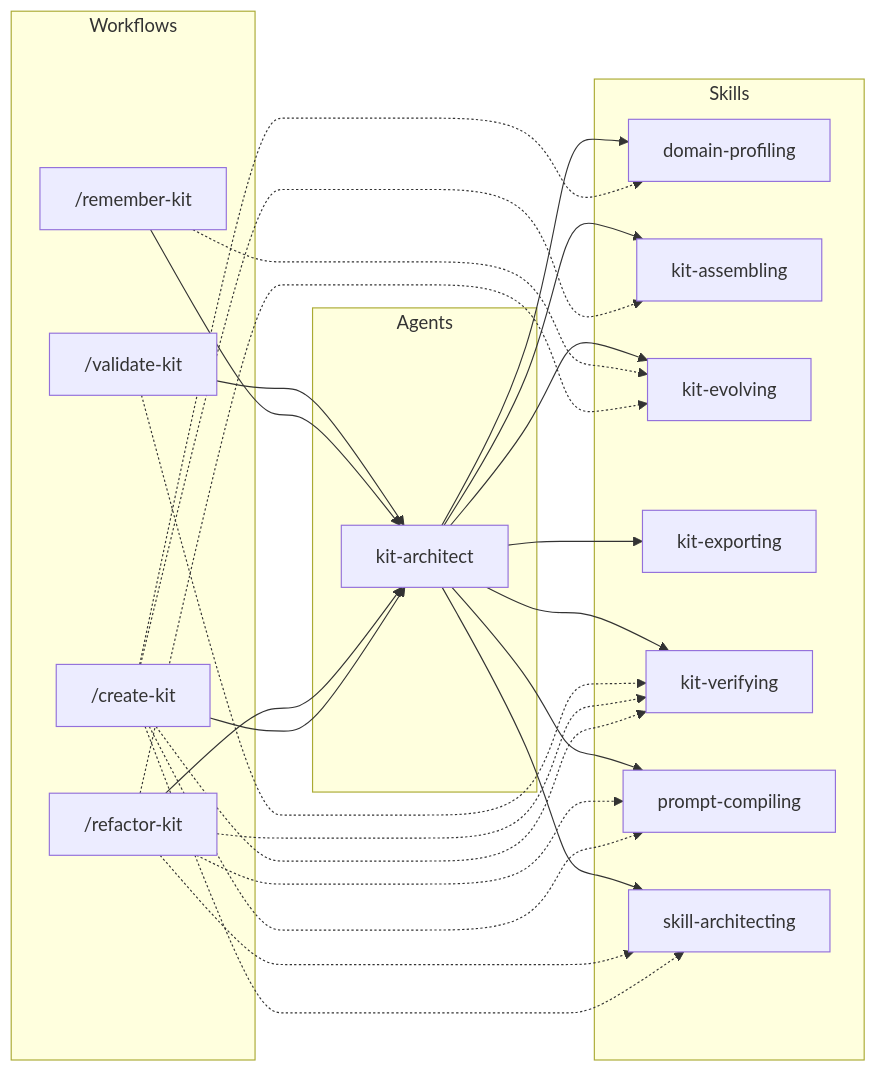
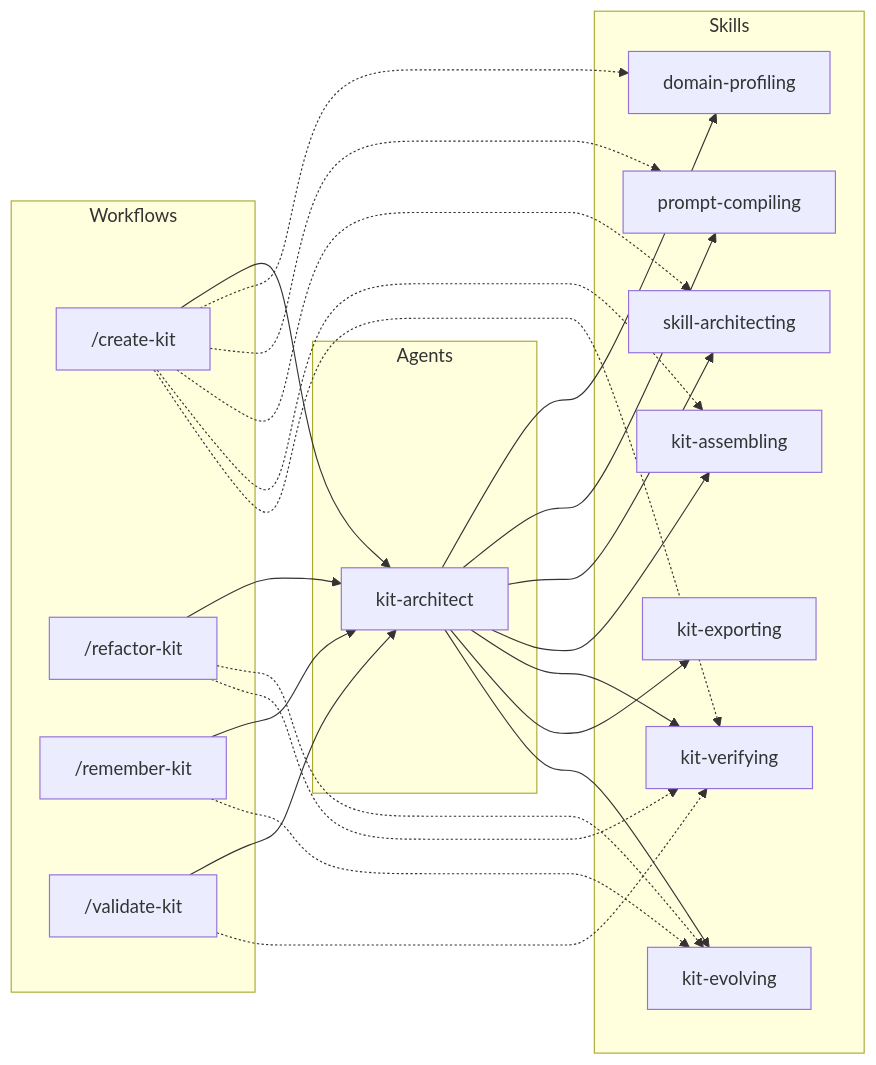
One commit to thelightinker/Agent-Kit-Builder changed the diagram in .agents/DEPENDENCY_GRAPH.md. Above: the diagram before and after it, drawn with Mermaid. The commit also changed 9 other files, not shown here.

````diff
--- a/.agents/DEPENDENCY_GRAPH.md
+++ b/.agents/DEPENDENCY_GRAPH.md
@@ -7,43 +7,41 @@
 ```mermaid
 flowchart LR
   subgraph Workflows
     W_create_kit["/create-kit"]
     W_refactor_kit["/refactor-kit"]
     W_remember_kit["/remember-kit"]
     W_validate_kit["/validate-kit"]
   end
   subgraph Agents
     A_kit_architect["kit-architect"]
   end
   subgraph Skills
     S_domain_profiling["domain-profiling"]
     S_kit_assembling["kit-assembling"]
     S_kit_evolving["kit-evolving"]
     S_kit_exporting["kit-exporting"]
     S_kit_verifying["kit-verifying"]
     S_prompt_compiling["prompt-compiling"]
     S_skill_architecting["skill-architecting"]
   end
   W_create_kit --> A_kit_architect
   W_create_kit -.-> S_domain_profiling
   W_create_kit -.-> S_prompt_compiling
   W_create_kit -.-> S_skill_architecting
   W_create_kit -.-> S_kit_assembling
   W_create_kit -.-> S_kit_verifying
   W_refactor_kit --> A_kit_architect
   W_refactor_kit -.-> S_kit_evolving
   W_refactor_kit -.-> S_kit_verifying
-  W_refactor_kit -.-> S_prompt_compiling
-  W_refactor_kit -.-> S_skill_architecting
   W_remember_kit --> A_kit_architect
   W_remember_kit -.-> S_kit_evolving
   W_validate_kit --> A_kit_architect
   W_validate_kit -.-> S_kit_verifying
   A_kit_architect --> S_domain_profiling
   A_kit_architect --> S_prompt_compiling
   A_kit_architect --> S_skill_architecting
   A_kit_architect --> S_kit_assembling
   A_kit_architect --> S_kit_verifying
   A_kit_architect --> S_kit_exporting
   A_kit_architect --> S_kit_evolving
 ```
````
